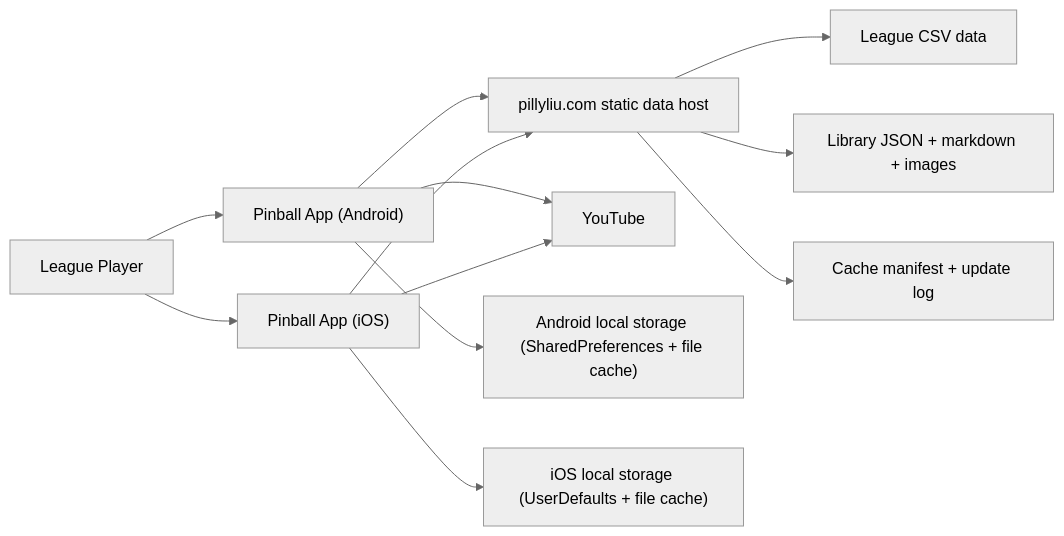
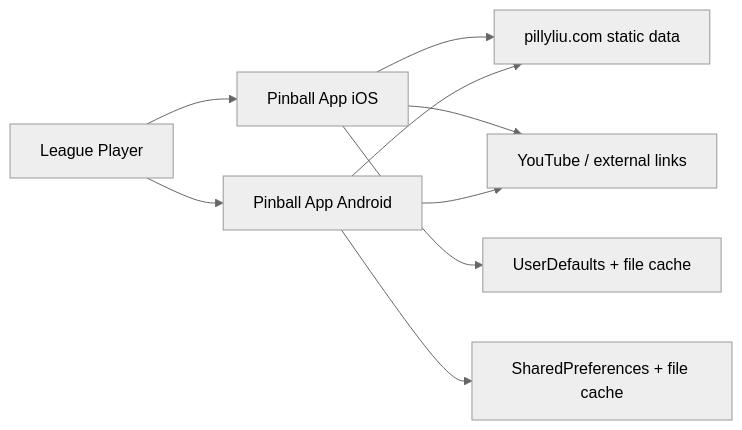
Before and after one commit to pillyliu/Pinball-App: the first of 4 diagrams in Pinball_App_Architecture_Blueprint.md, drawn with Mermaid (neutral theme). The commit also changed other lines of this file and 3 other files, not shown here.

Commit message:
docs(architecture): refresh full blueprint and regenerate print-layout pdf

````diff
--- a/Pinball_App_Architecture_Blueprint.md
+++ b/Pinball_App_Architecture_Blueprint.md
@@ -74,18 +49,14 @@
 ```mermaid
 flowchart LR
-    U["League Player"] --> A["Pinball App (Android)"]
-    U --> I["Pinball App (iOS)"]
+    U["League Player"] --> IOS["Pinball App iOS"]
+    U --> AND["Pinball App Android"]
 
-    A --> P["pillyliu.com static data host"]
-    I --> P
+    IOS --> REMOTE["pillyliu.com static data"]
+    AND --> REMOTE
 
-    P --> D1["League CSV data"]
-    P --> D2["Library JSON + markdown + images"]
-    P --> D3["Cache manifest + update log"]
+    IOS --> YT["YouTube / external links"]
+    AND --> YT
 
-    A --> Y["YouTube"]
-    I --> Y
-
-    A --> SA["Android local storage (SharedPreferences + file cache)"]
-    I --> SI["iOS local storage (UserDefaults + file cache)"]
+    IOS --> IOSLOCAL["UserDefaults + file cache"]
+    AND --> ANDLOCAL["SharedPreferences + file cache"]
 ```
````
